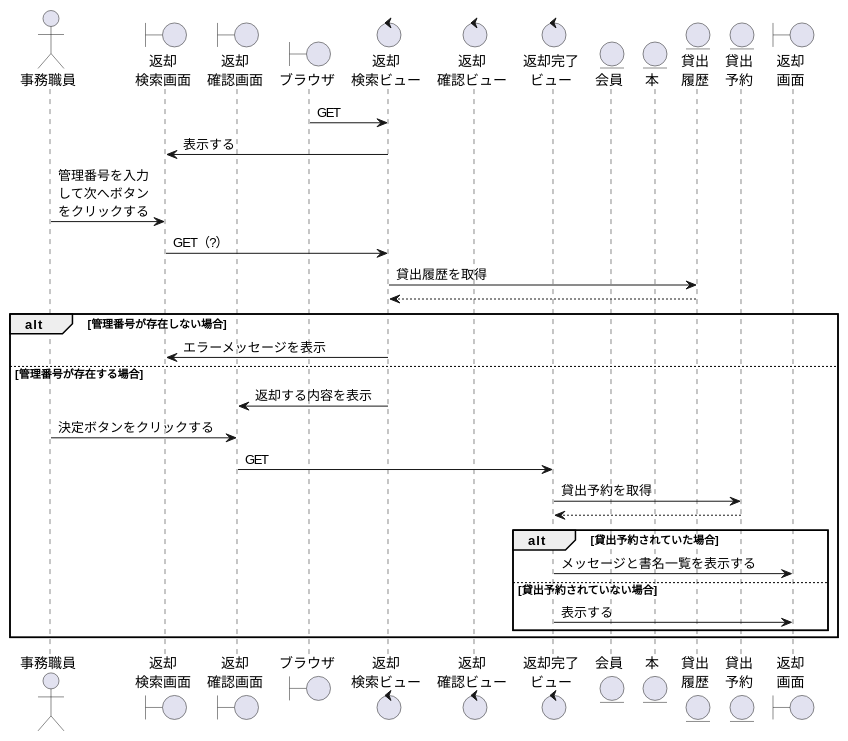
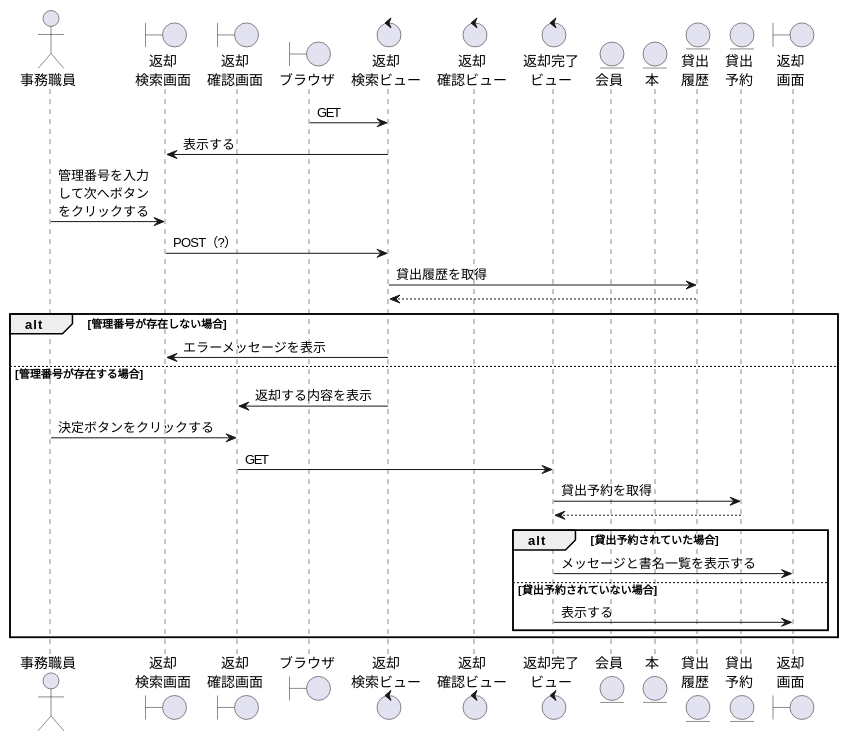
The diagram in 効果測定/返却.wsd (ysyk-wtnb16/team_D), drawn with PlantUML before and after one commit.

Commit message:
ｋ

```diff
--- a/効果測定/返却.wsd
+++ b/効果測定/返却.wsd
@@ -1,39 +1,39 @@
 @startuml HK
 
 actor "事務職員" as staff
 boundary "返却\n検索画面" as HKKs
 boundary "返却\n確認画面" as HKChecks
 boundary "ブラウザ" as brz
 control "返却\n検索ビュー" as HKv
 control "返却\n確認ビュー" as HKCheckv
 control "返却完了\nビュー" as HKOKv
 entity "会員" as member
 entity "本" as book
 entity "貸出\n履歴" as HKR
 entity "貸出\n予約" as KDY
 boundary "返却\n画面" as HKOKs
 
 
 brz -> HKv:GET
 HKKs <- HKv:表示する
 staff -> HKKs: 管理番号を入力\nして次へボタン\nをクリックする
-HKKs -> HKv: GET（?）
+HKKs -> HKv: POST（?）
 HKv -> HKR: 貸出履歴を取得
 HKv <-- HKR
 alt 管理番号が存在しない場合
     HKKs <- HKv:エラーメッセージを表示
 else 管理番号が存在する場合
     HKChecks <- HKv:返却する内容を表示
     staff -> HKChecks:決定ボタンをクリックする
     HKChecks -> HKOKv:GET
     HKOKv -> KDY: 貸出予約を取得
     HKOKv <-- KDY
     alt 貸出予約されていた場合
         HKOKv -> HKOKs:メッセージと書名一覧を表示する
     else 貸出予約されていない場合
         HKOKv -> HKOKs:表示する
     end
 end
 
 
 @enduml
```
